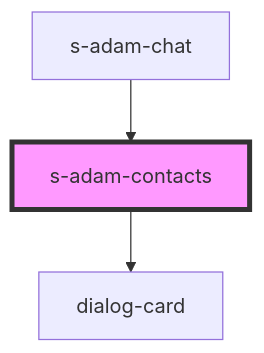
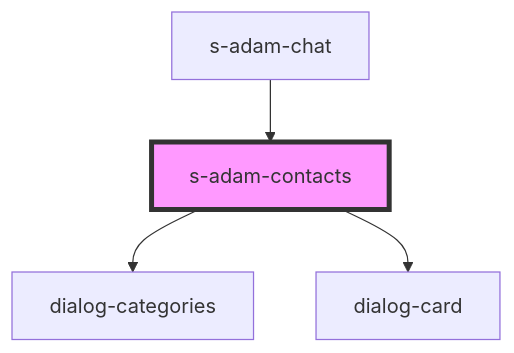
Before and after one commit to saqhan/stencil-chat: the diagram in src/components/comp/s-adam-contacts/readme.md, drawn with Mermaid. The commit also changed other lines of this file and 24 other files, not shown here.

````diff
--- a/src/components/comp/s-adam-contacts/readme.md
+++ b/src/components/comp/s-adam-contacts/readme.md
@@ -34,6 +36,7 @@
 ```mermaid
 graph TD;
+  s-adam-contacts --> dialog-categories
   s-adam-contacts --> dialog-card
   s-adam-chat --> s-adam-contacts
   style s-adam-contacts fill:#f9f,stroke:#333,stroke-width:4px
 ```
````
